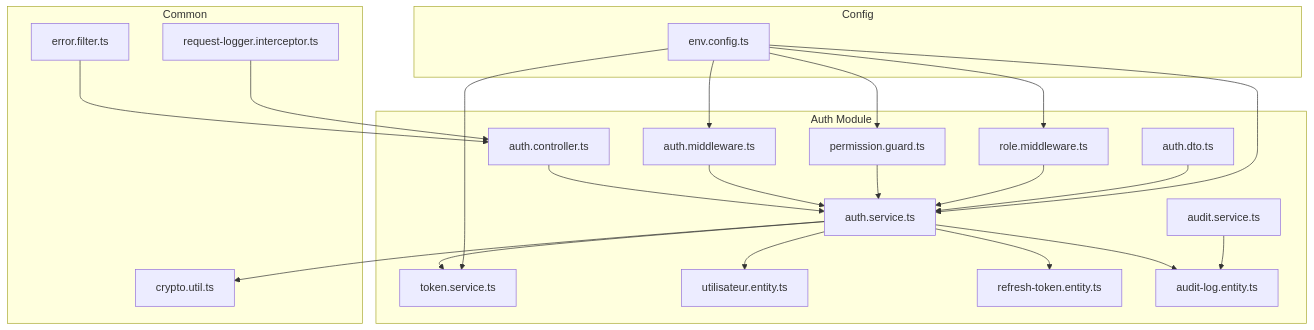
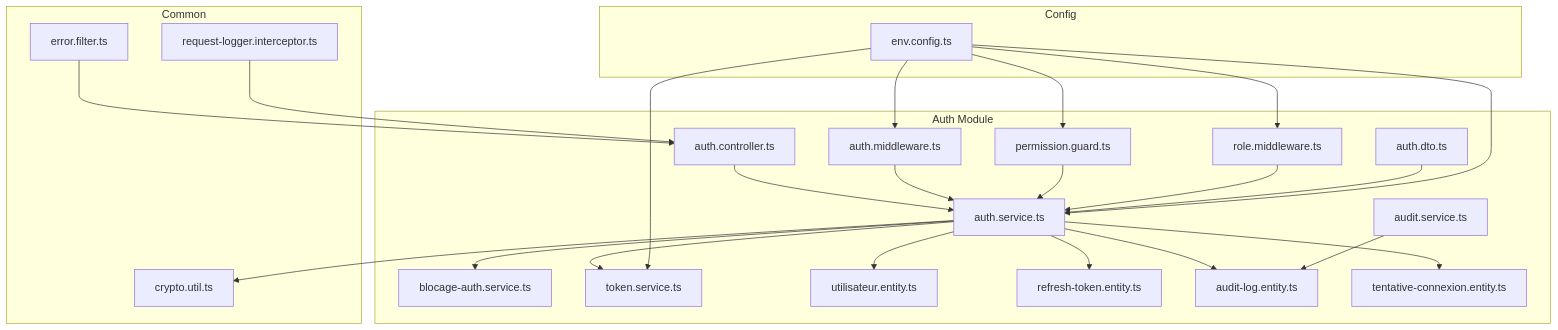
Before and after one commit to franckylab/eLISAschool: the first of 9 diagrams in .qoder/repowiki/en/content/Authentication & Authorization/Security Measures.md, drawn with Mermaid. The commit also changed other lines of this file and 66 other files, not shown here.

First line of the commit message:
feat(auth): intégrer système de blocage à deux niveaux et suivi en temps réel

````diff
--- a/.qoder/repowiki/en/content/Authentication & Authorization/Security Measures.md
+++ b/.qoder/repowiki/en/content/Authentication & Authorization/Security Measures.md
@@ -60,42 +64,46 @@
 ```mermaid
 graph TB
 subgraph "Auth Module"
 AC["auth.controller.ts"]
 AS["auth.service.ts"]
+BS["blocage-auth.service.ts"]
 TS["token.service.ts"]
 AMW["auth.middleware.ts"]
 PG["permission.guard.ts"]
 RMW["role.middleware.ts"]
 AE["audit.service.ts"]
 DTO["auth.dto.ts"]
 UE["utilisateur.entity.ts"]
 RTE["refresh-token.entity.ts"]
 AL["audit-log.entity.ts"]
+TCE["tentative-connexion.entity.ts"]
 end
 subgraph "Common"
 CU["crypto.util.ts"]
 EF["error.filter.ts"]
 RLI["request-logger.interceptor.ts"]
 end
 subgraph "Config"
 ENV["env.config.ts"]
 end
 AC --> AS
+AS --> BS
 AS --> TS
 AS --> UE
 AS --> RTE
 AS --> AL
+AS --> TCE
 AS --> CU
 AMW --> AS
 PG --> AS
 RMW --> AS
 AE --> AL
 DTO --> AS
 ENV --> AS
 ENV --> TS
 ENV --> AMW
 ENV --> PG
 ENV --> RMW
 EF --> AC
 RLI --> AC
 ```
````
